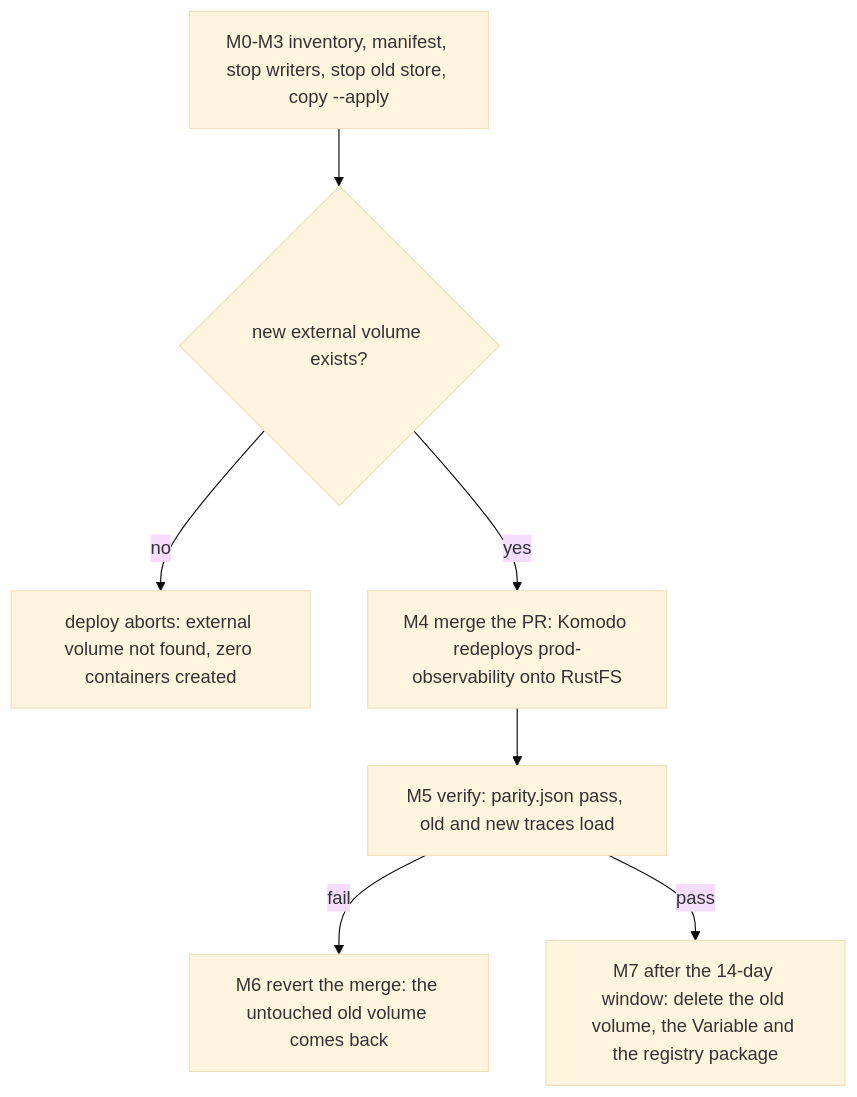
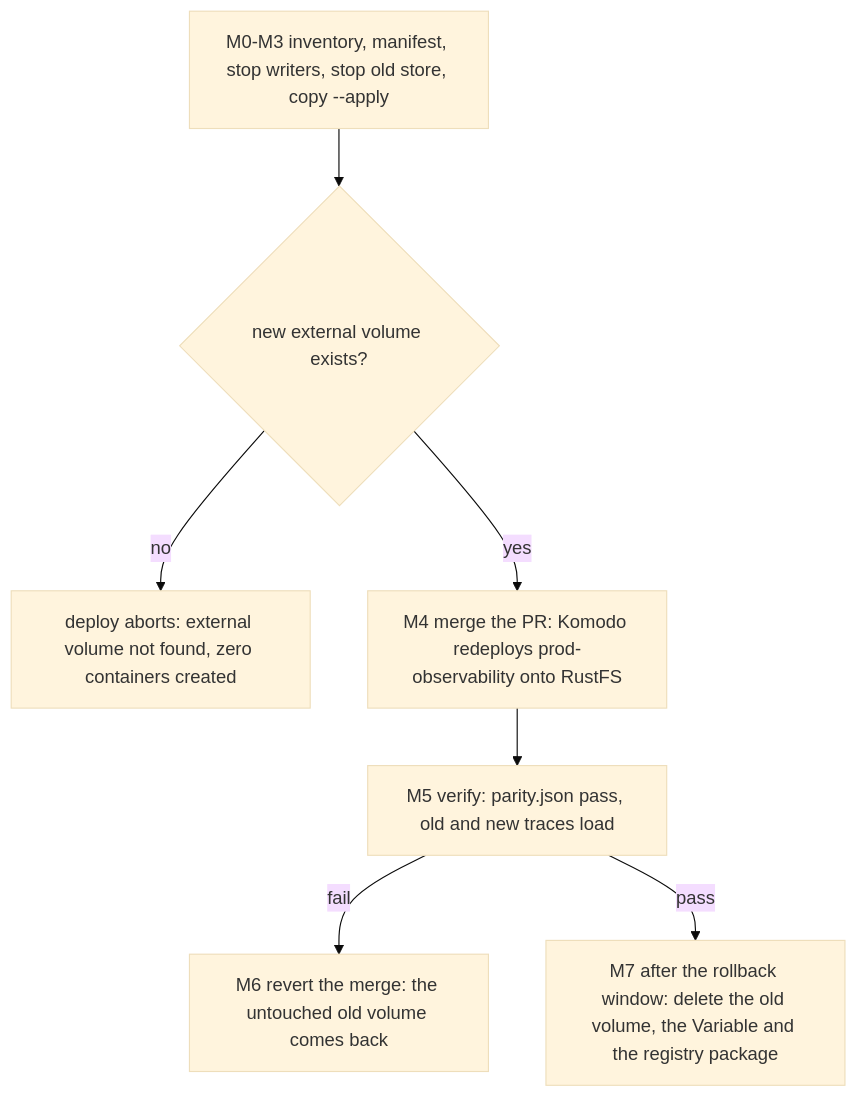
The second of 4 diagrams in openwiki/runbooks/prod-control-tower.md (jumbleknot/MovieCollectionManager), drawn with Mermaid (base theme) before and after one commit. The commit also changed other lines of this file and 39 other files, not shown here.

````diff
--- a/openwiki/runbooks/prod-control-tower.md
+++ b/openwiki/runbooks/prod-control-tower.md
@@ -278,9 +283,9 @@
 ```mermaid
 flowchart TD
   Pre["M0-M3 inventory, manifest, stop writers, stop old store, copy --apply"] --> Exists{"new external volume exists?"}
   Exists -- no --> Abort["deploy aborts: external volume not found, zero containers created"]
   Exists -- yes --> Merge["M4 merge the PR: Komodo redeploys prod-observability onto RustFS"]
   Merge --> Check["M5 verify: parity.json pass, old and new traces load"]
   Check -- fail --> Revert["M6 revert the merge: the untouched old volume comes back"]
-  Check -- pass --> Clean["M7 after the 14-day window: delete the old volume, the Variable and the registry package"]
+  Check -- pass --> Clean["M7 after the rollback window: delete the old volume, the Variable and the registry package"]
 ```
````
